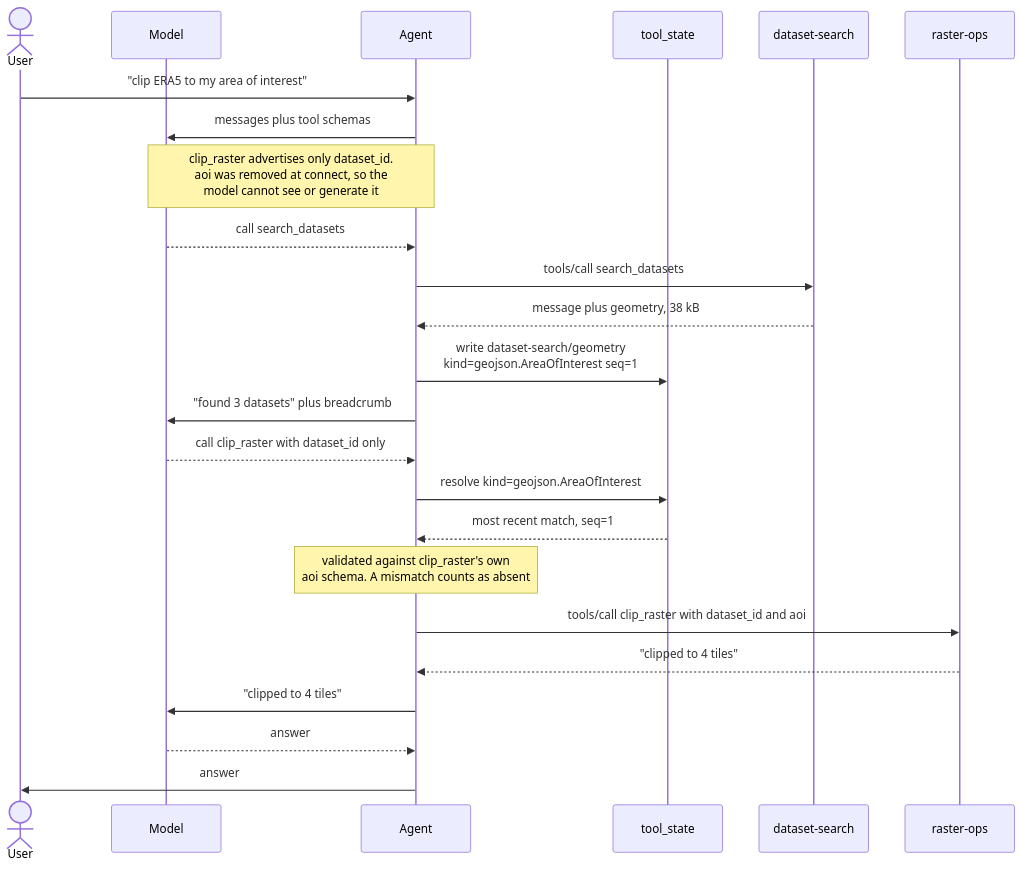
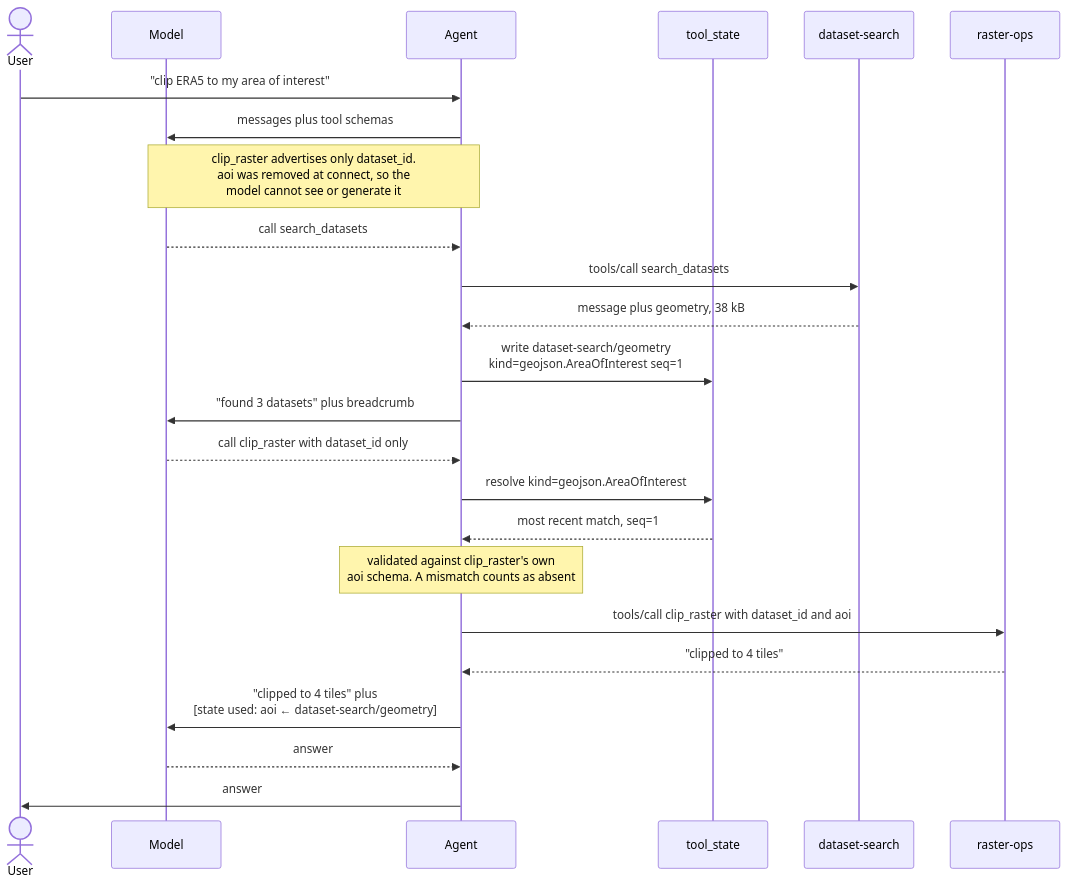
The third of 6 diagrams in docs/SESSION-STATE.md (developmentseed/mcp-toolsets-runtime), drawn with Mermaid before and after one commit. The commit also changed other lines of this file and 15 other files, not shown here.

````diff
--- a/docs/SESSION-STATE.md
+++ b/docs/SESSION-STATE.md
@@ -169,29 +211,29 @@
 ```mermaid
 sequenceDiagram
     actor U as User
     participant M as Model
     participant A as Agent
     participant S as tool_state
     participant D as dataset-search
     participant R as raster-ops
 
     U->>A: "clip ERA5 to my area of interest"
     A->>M: messages plus tool schemas
     Note over A,M: clip_raster advertises only dataset_id.<br/>aoi was removed at connect, so the<br/>model cannot see or generate it
 
     M-->>A: call search_datasets
     A->>D: tools/call search_datasets
     D-->>A: message plus geometry, 38 kB
     A->>S: write dataset-search/geometry<br/>kind=geojson.AreaOfInterest seq=1
     A->>M: "found 3 datasets" plus breadcrumb
 
     M-->>A: call clip_raster with dataset_id only
     A->>S: resolve kind=geojson.AreaOfInterest
     S-->>A: most recent match, seq=1
     Note over A: validated against clip_raster's own<br/>aoi schema. A mismatch counts as absent
     A->>R: tools/call clip_raster with dataset_id and aoi
     R-->>A: "clipped to 4 tiles"
-    A->>M: "clipped to 4 tiles"
+    A->>M: "clipped to 4 tiles" plus<br/>[state used: aoi ← dataset-search/geometry]
     M-->>A: answer
     A->>U: answer
 ```
````
